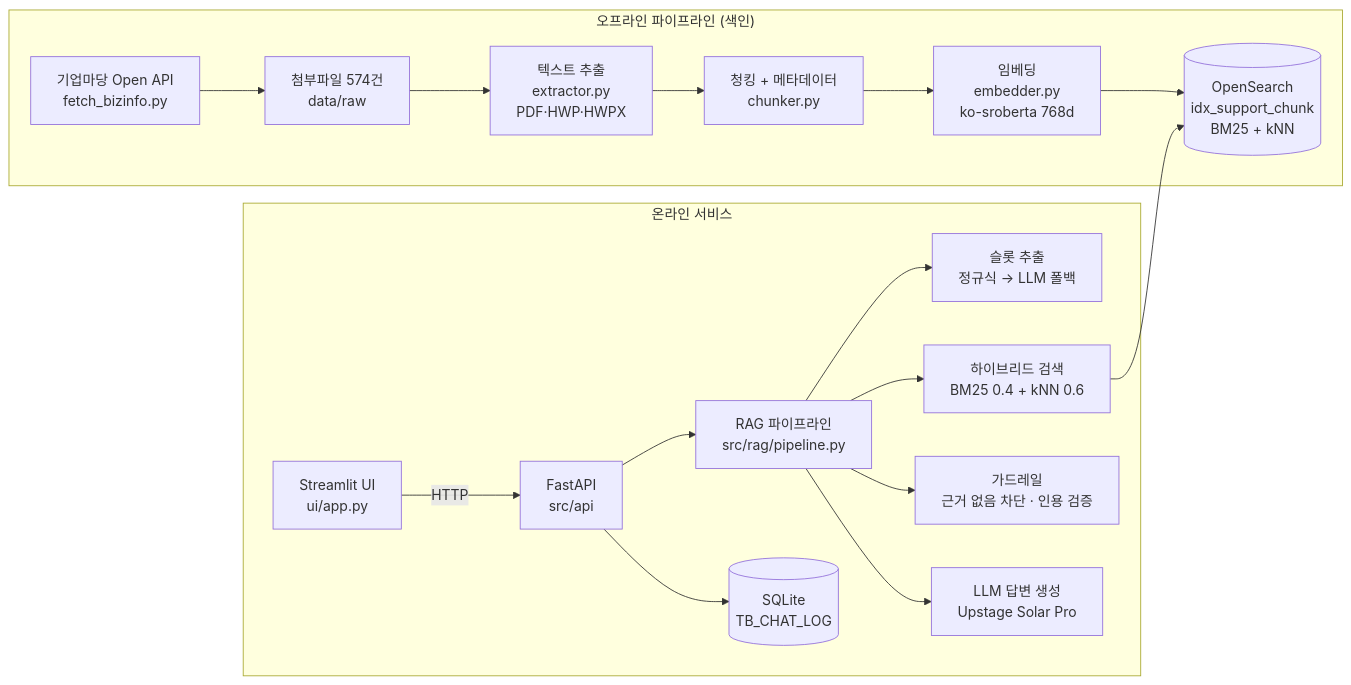
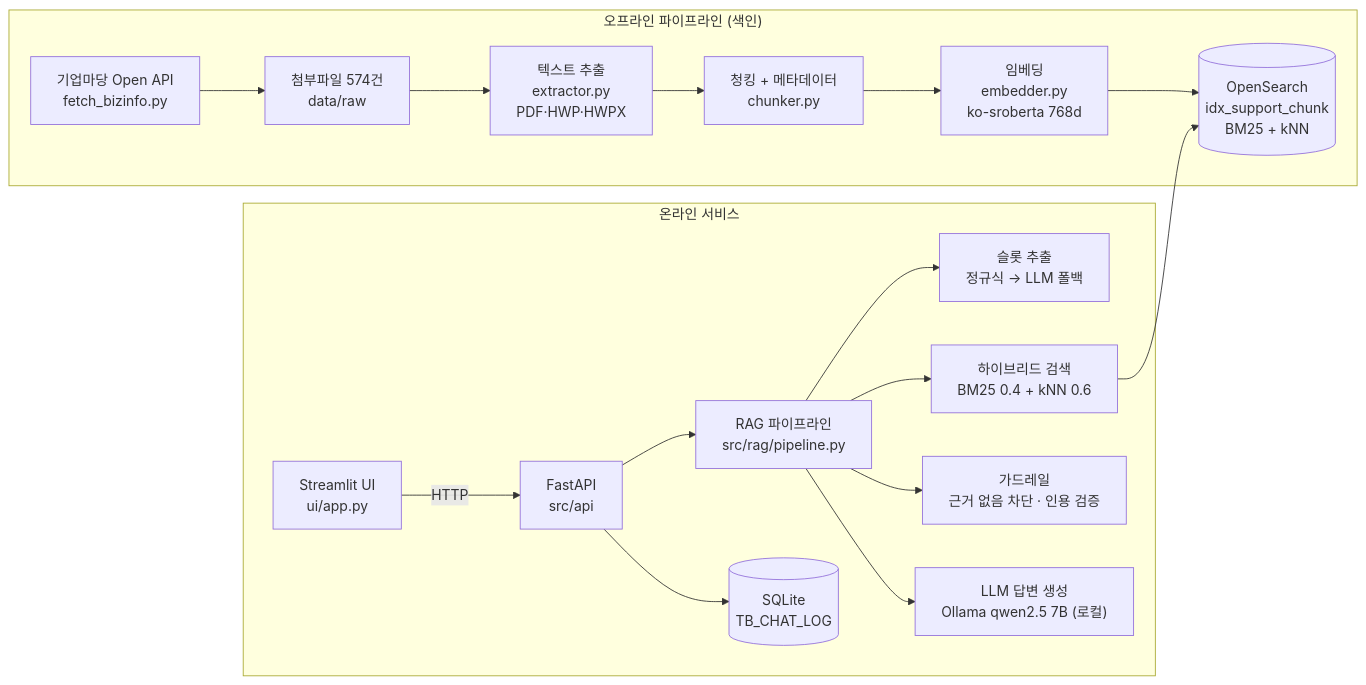
The diagram in README.md (hyewon127/LocalGovSupportRAG), drawn with Mermaid before and after one commit. The commit also changed other lines of this file and 3 other files, not shown here.

````diff
--- a/README.md
+++ b/README.md
@@ -14,20 +16,20 @@
 ```mermaid
 flowchart LR
     subgraph offline["오프라인 파이프라인 (색인)"]
         A["기업마당 Open API<br/>fetch_bizinfo.py"] --> B["첨부파일 574건<br/>data/raw"]
         B --> C["텍스트 추출<br/>extractor.py<br/>PDF·HWP·HWPX"]
         C --> D["청킹 + 메타데이터<br/>chunker.py"]
         D --> E["임베딩<br/>embedder.py<br/>ko-sroberta 768d"]
         E --> F[("OpenSearch<br/>idx_support_chunk<br/>BM25 + kNN")]
     end
     subgraph online["온라인 서비스"]
         U["Streamlit UI<br/>ui/app.py"] -- HTTP --> API["FastAPI<br/>src/api"]
         API --> P["RAG 파이프라인<br/>src/rag/pipeline.py"]
         P --> S["슬롯 추출<br/>정규식 → LLM 폴백"]
         P --> H["하이브리드 검색<br/>BM25 0.4 + kNN 0.6"]
         H --> F
         P --> G["가드레일<br/>근거 없음 차단 · 인용 검증"]
-        P --> L["LLM 답변 생성<br/>Upstage Solar Pro"]
+        P --> L["LLM 답변 생성<br/>Ollama qwen2.5 7B (로컬)"]
         API --> DB[("SQLite<br/>TB_CHAT_LOG")]
     end
 ```
````
